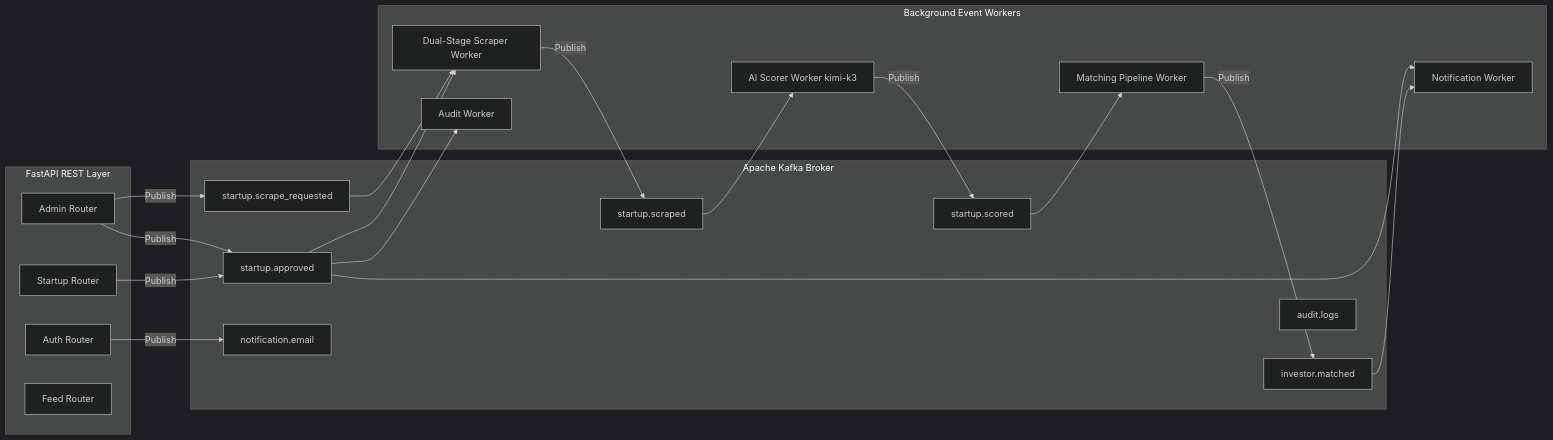
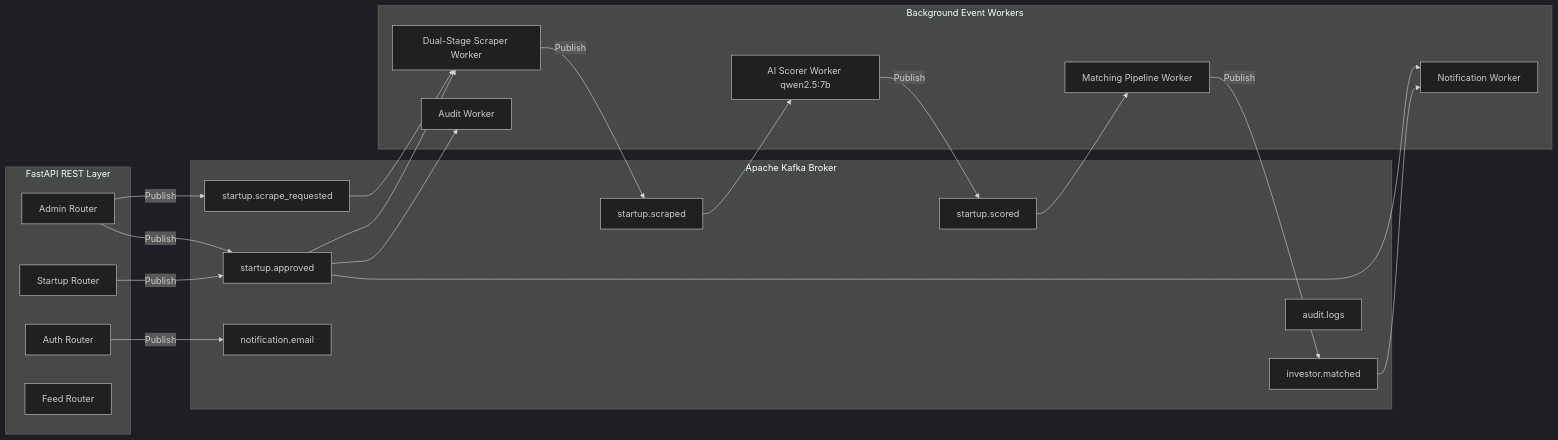
The second of 3 diagrams in Kafka.md (AadithyaNayakV/Startup-Foundary), drawn with Mermaid (dark theme) before and after one commit. The commit also changed other lines of this file and 31 other files, not shown here.

````diff
--- a/Kafka.md
+++ b/Kafka.md
@@ -95,46 +95,46 @@
 ```mermaid
 flowchart LR
     subgraph Producers[FastAPI REST Layer]
         AdminAPI[Admin Router]
         StartupAPI[Startup Router]
         AuthAPI[Auth Router]
         FeedAPI[Feed Router]
     end
 
     subgraph KafkaBus[Apache Kafka Broker]
         T_Approved[startup.approved]
         T_ScrapeReq[startup.scrape_requested]
         T_Scraped[startup.scraped]
         T_Scored[startup.scored]
         T_Matched[investor.matched]
         T_Notif[notification.email]
         T_Audit[audit.logs]
     end
 
     subgraph Workers[Background Event Workers]
         ScraperWorker[Dual-Stage Scraper Worker]
-        Scorer[AI Scorer Worker kimi-k3]
+        Scorer[AI Scorer Worker qwen2.5:7b]
         Matcher[Matching Pipeline Worker]
         NotifWorker[Notification Worker]
         AuditWorker[Audit Worker]
     end
 
     AdminAPI -->|Publish| T_Approved
     AdminAPI -->|Publish| T_ScrapeReq
     StartupAPI -->|Publish| T_Approved
     AuthAPI -->|Publish| T_Notif
 
     T_ScrapeReq --> ScraperWorker
     T_Approved --> ScraperWorker
     ScraperWorker -->|Publish| T_Scraped
 
     T_Scraped --> Scorer
     Scorer -->|Publish| T_Scored
 
     T_Scored --> Matcher
     Matcher -->|Publish| T_Matched
 
     T_Approved --> NotifWorker
     T_Matched --> NotifWorker
     T_Approved --> AuditWorker
 ```
````
